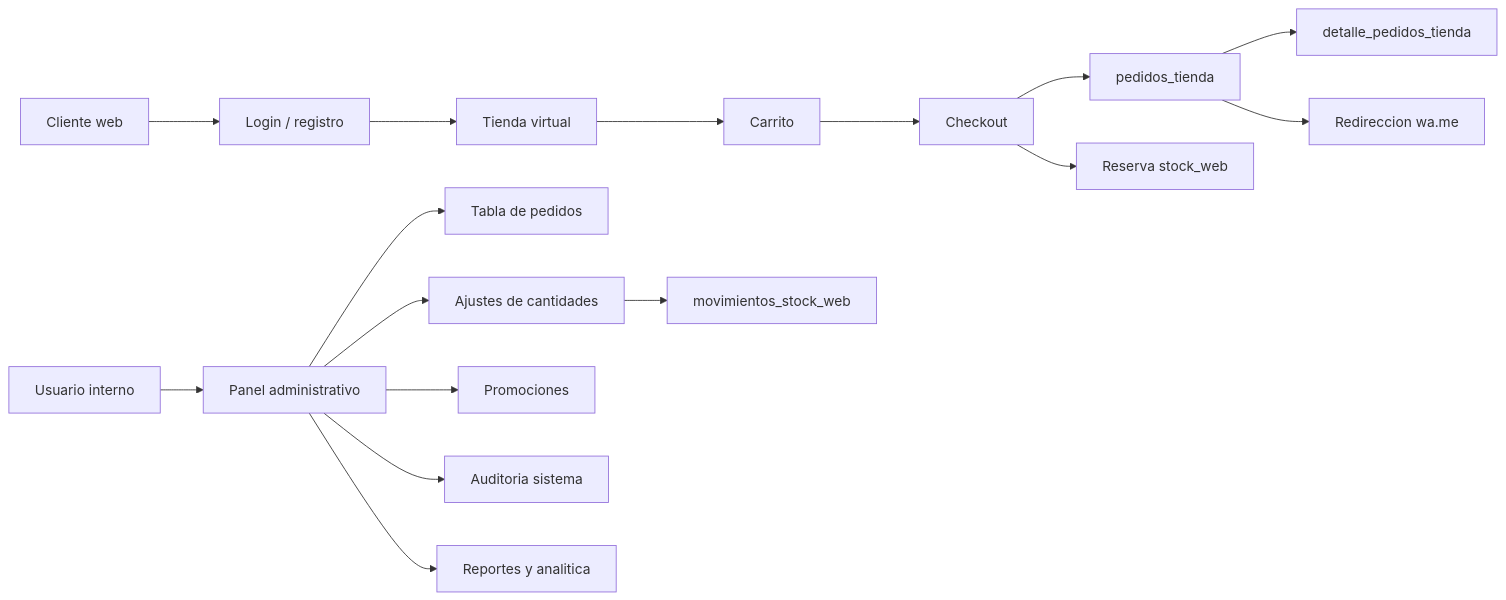
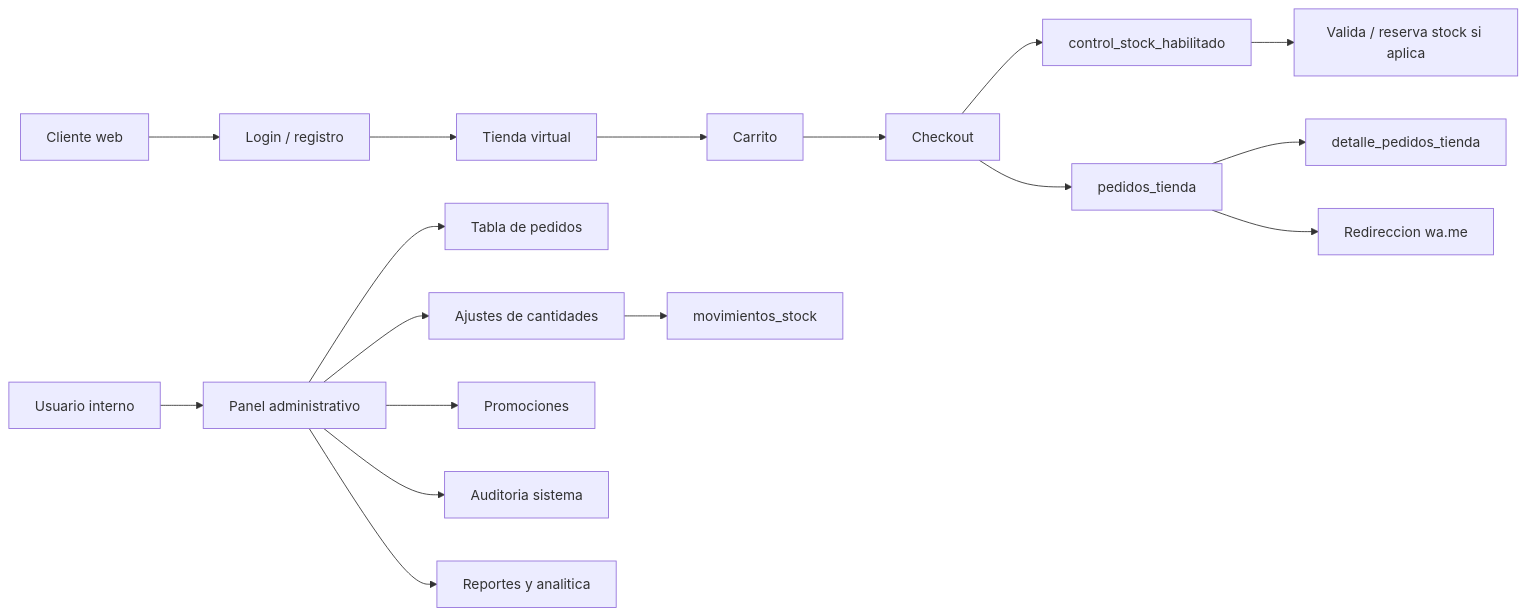
The first of 4 diagrams in outputs/architecture_docs/ARQUITECTURA_Y_DIAGRAMAS.md (georgeelimelec-byte/tienda_km2), drawn with Mermaid before and after one commit. The commit also changed other lines of this file and 58 other files, not shown here.

````diff
--- a/outputs/architecture_docs/ARQUITECTURA_Y_DIAGRAMAS.md
+++ b/outputs/architecture_docs/ARQUITECTURA_Y_DIAGRAMAS.md
@@ -14,19 +16,20 @@
 ```mermaid
 flowchart LR
     Cliente["Cliente web"] --> Cuenta["Login / registro"]
     Cuenta --> Tienda["Tienda virtual"]
     Tienda --> Carrito["Carrito"]
     Carrito --> Checkout["Checkout"]
+    Checkout --> ConfigStock["control_stock_habilitado"]
     Checkout --> Pedido["pedidos_tienda"]
-    Checkout --> Stock["Reserva stock_web"]
+    ConfigStock --> Stock["Valida / reserva stock si aplica"]
     Pedido --> Detalle["detalle_pedidos_tienda"]
     Pedido --> WhatsApp["Redireccion wa.me"]
 
     Admin["Usuario interno"] --> Panel["Panel administrativo"]
     Panel --> Pedidos["Tabla de pedidos"]
     Panel --> Ajustes["Ajustes de cantidades"]
-    Ajustes --> StockMov["movimientos_stock_web"]
+    Ajustes --> StockMov["movimientos_stock"]
     Panel --> Promos["Promociones"]
     Panel --> Auditoria["Auditoria sistema"]
     Panel --> Reportes["Reportes y analitica"]
 ```
````
